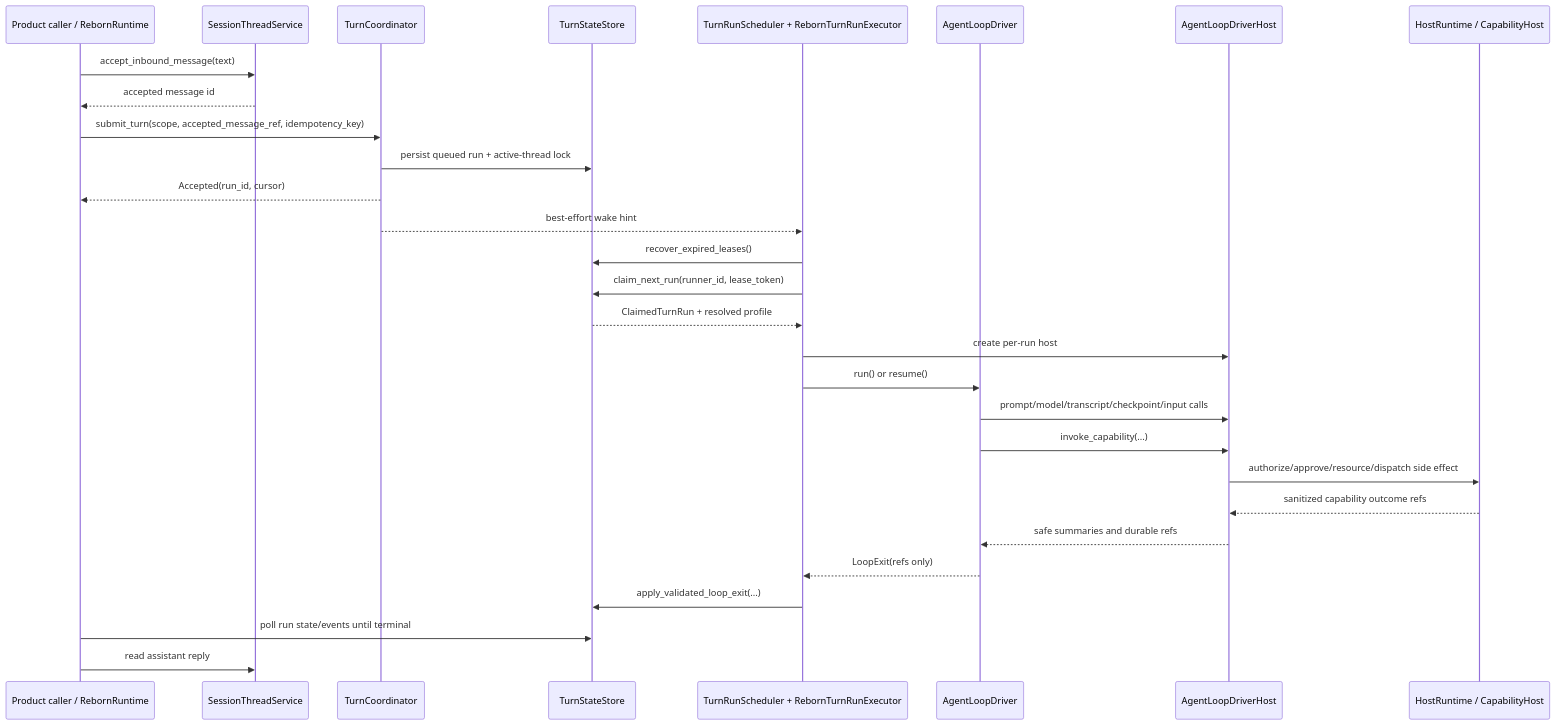
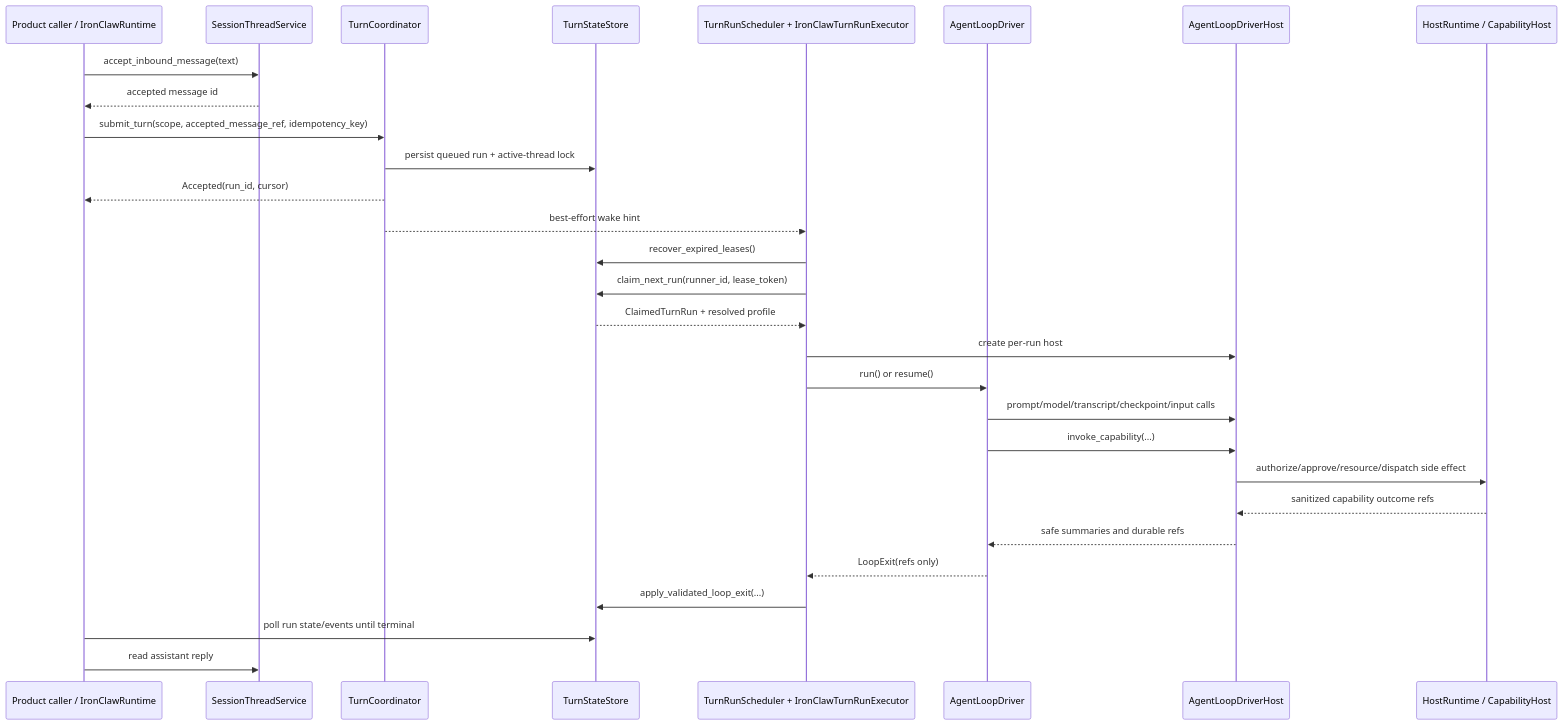
One commit to nearai/ironclaw changed the fourth of 7 diagrams in crates/Architecture.md. Above: the diagram before and after it, drawn with Mermaid. The commit also changed other lines of this file and 2069 other files, not shown here.

````diff
--- a/crates/Architecture.md
+++ b/crates/Architecture.md
@@ -508,32 +508,32 @@
 ```mermaid
 sequenceDiagram
-    participant Caller as Product caller / RebornRuntime
+    participant Caller as Product caller / IronClawRuntime
     participant Threads as SessionThreadService
     participant Coord as TurnCoordinator
     participant Store as TurnStateStore
-    participant Worker as TurnRunScheduler + RebornTurnRunExecutor
+    participant Worker as TurnRunScheduler + IronClawTurnRunExecutor
     participant Driver as AgentLoopDriver
     participant Host as AgentLoopDriverHost
     participant Kernel as HostRuntime / CapabilityHost
 
     Caller->>Threads: accept_inbound_message(text)
     Threads-->>Caller: accepted message id
     Caller->>Coord: submit_turn(scope, accepted_message_ref, idempotency_key)
     Coord->>Store: persist queued run + active-thread lock
     Coord-->>Caller: Accepted(run_id, cursor)
     Coord-->>Worker: best-effort wake hint
     Worker->>Store: recover_expired_leases()
     Worker->>Store: claim_next_run(runner_id, lease_token)
     Store-->>Worker: ClaimedTurnRun + resolved profile
     Worker->>Host: create per-run host
     Worker->>Driver: run() or resume()
     Driver->>Host: prompt/model/transcript/checkpoint/input calls
     Driver->>Host: invoke_capability(...)
     Host->>Kernel: authorize/approve/resource/dispatch side effect
     Kernel-->>Host: sanitized capability outcome refs
     Host-->>Driver: safe summaries and durable refs
     Driver-->>Worker: LoopExit(refs only)
     Worker->>Store: apply_validated_loop_exit(...)
     Caller->>Store: poll run state/events until terminal
     Caller->>Threads: read assistant reply
 ```
````
